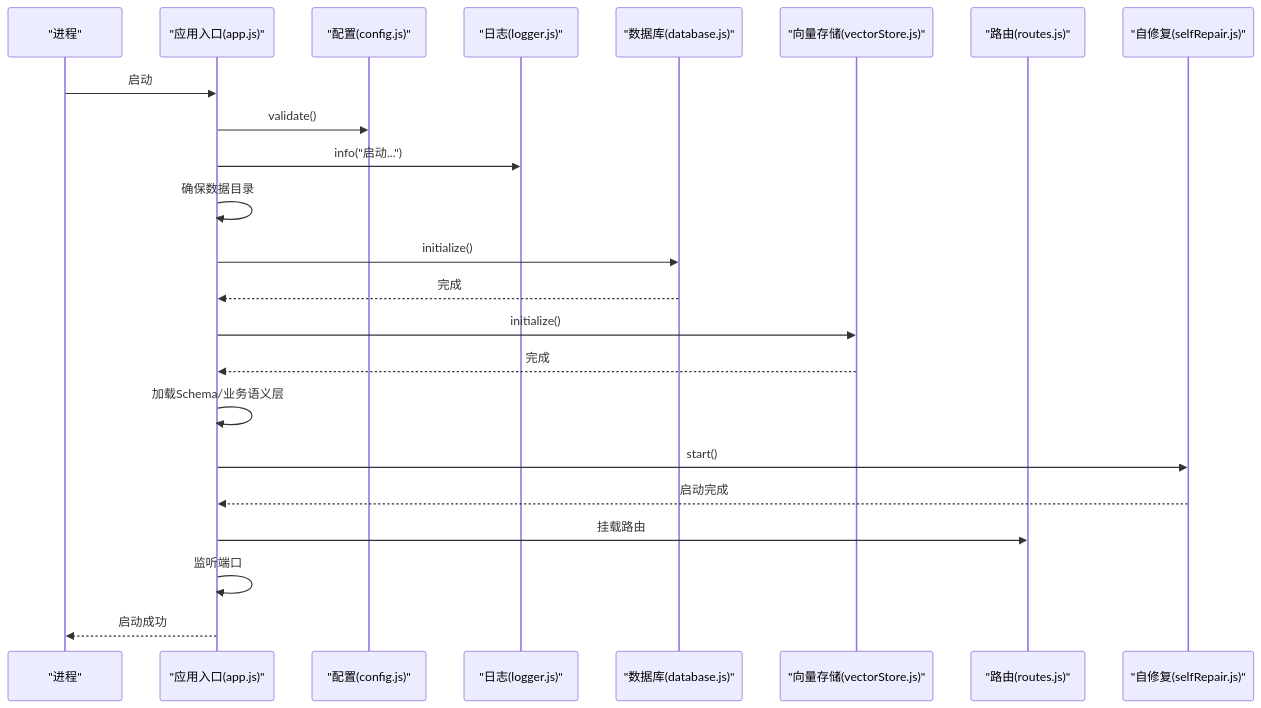
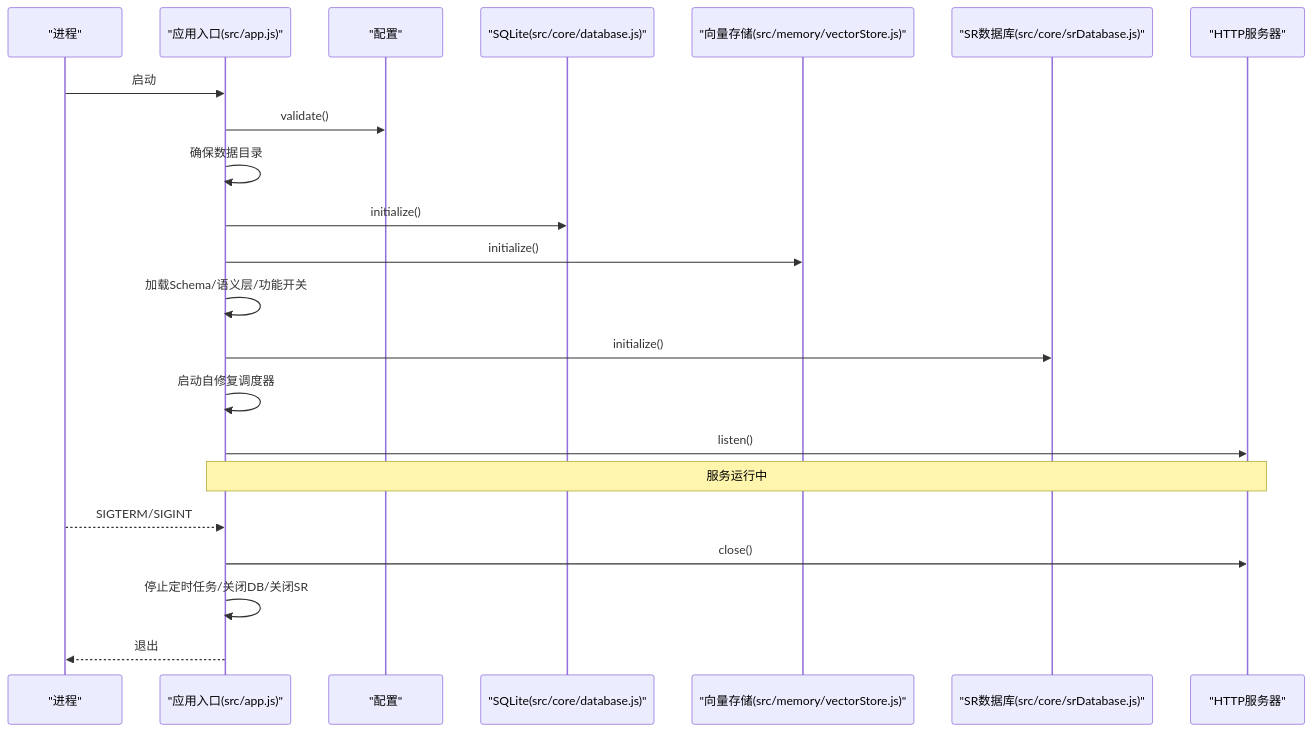
One commit to HanHuiOnLine/724-office changed the third of 9 diagrams in NL2SQL/.qoder/repowiki/zh/content/部署与运维/部署与运维.md. Above: the diagram before and after it, drawn with Mermaid. The commit also changed other lines of this file and 203 other files, not shown here.

````diff
--- a/NL2SQL/.qoder/repowiki/zh/content/部署与运维/部署与运维.md
+++ b/NL2SQL/.qoder/repowiki/zh/content/部署与运维/部署与运维.md
@@ -143,25 +133,24 @@
 ```mermaid
 sequenceDiagram
 participant Proc as "进程"
-participant App as "应用入口(app.js)"
-participant Cfg as "配置(config.js)"
-participant Log as "日志(logger.js)"
-participant Db as "数据库(database.js)"
-participant Vdb as "向量存储(vectorStore.js)"
-participant Rt as "路由(routes.js)"
-participant Sr as "自修复(selfRepair.js)"
+participant App as "应用入口(src/app.js)"
+participant Cfg as "配置"
+participant DB as "SQLite(src/core/database.js)"
+participant VDB as "向量存储(src/memory/vectorStore.js)"
+participant SR as "SR数据库(src/core/srDatabase.js)"
+participant Srv as "HTTP服务器"
 Proc->>App : 启动
 App->>Cfg : validate()
-App->>Log : info("启动...")
 App->>App : 确保数据目录
-App->>Db : initialize()
-Db-->>App : 完成
-App->>Vdb : initialize()
-Vdb-->>App : 完成
-App->>App : 加载Schema/业务语义层
-App->>Sr : start()
-Sr-->>App : 启动完成
-App->>Rt : 挂载路由
-App->>App : 监听端口
-App-->>Proc : 启动成功
+App->>DB : initialize()
+App->>VDB : initialize()
+App->>App : 加载Schema/语义层/功能开关
+App->>SR : initialize()
+App->>App : 启动自修复调度器
+App->>Srv : listen()
+Note over App,Srv : 服务运行中
+Proc-->>App : SIGTERM/SIGINT
+App->>Srv : close()
+App->>App : 停止定时任务/关闭DB/关闭SR
+App-->>Proc : 退出
 ```
````
